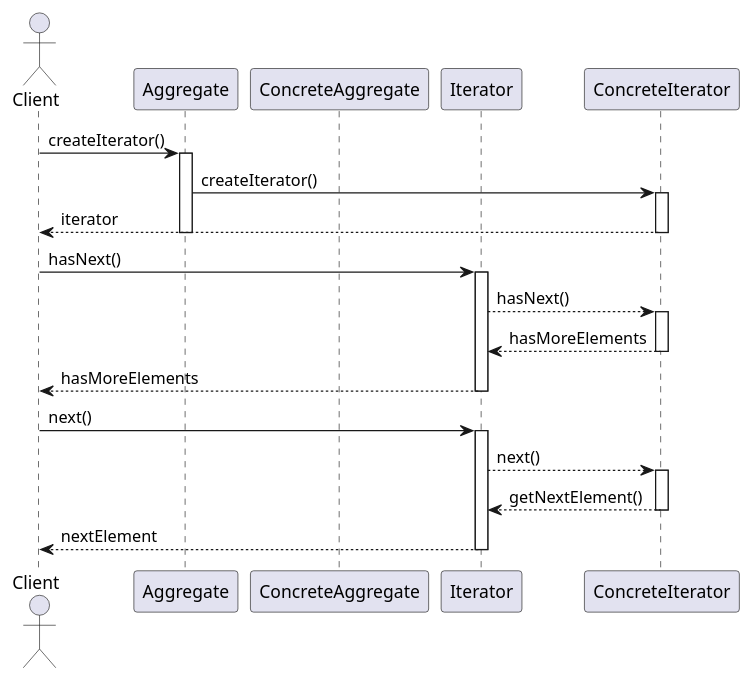
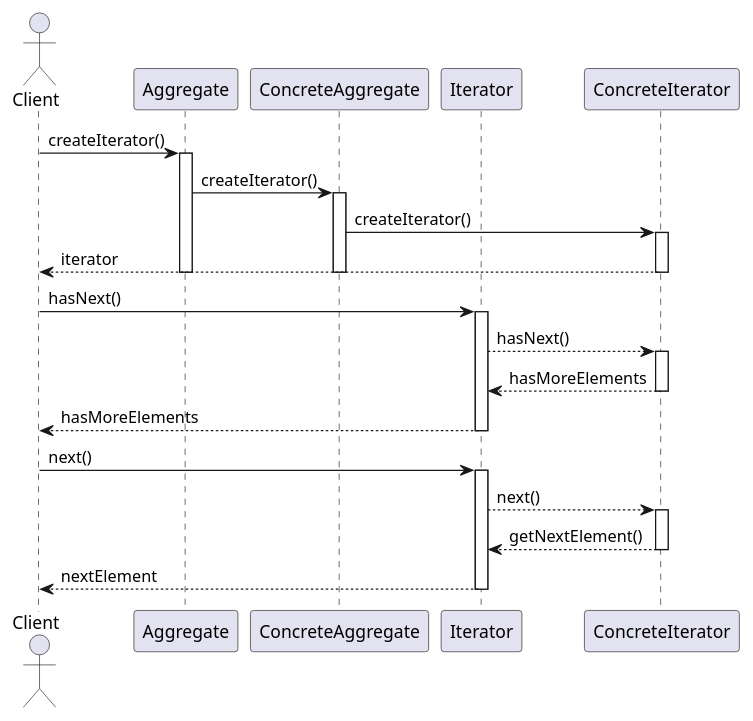
The diagram in Patterns/Manuscript/manuscript/plantUml/iterator_sequence_diagram.plantuml (Gabriel-SoftwareAG/DesignPatterns), drawn with PlantUML before and after one commit. The commit also changed 56 other files, not shown here.

```diff
--- a/Patterns/Manuscript/manuscript/plantUml/iterator_sequence_diagram.plantuml
+++ b/Patterns/Manuscript/manuscript/plantUml/iterator_sequence_diagram.plantuml
@@ -1,35 +1,38 @@
 @startuml IteratorPatternSequenceDiagram
 
 actor Client
 participant Aggregate
 participant ConcreteAggregate
 participant Iterator
 participant ConcreteIterator
 
 Client -> Aggregate: createIterator()
 activate Aggregate
-Aggregate -> ConcreteIterator: createIterator()
+Aggregate -> ConcreteAggregate: createIterator()
+activate ConcreteAggregate
+ConcreteAggregate -> ConcreteIterator: createIterator()
 activate ConcreteIterator
 ConcreteIterator --> Client: iterator
+deactivate ConcreteAggregate
 deactivate ConcreteIterator
 deactivate Aggregate
 
 Client -> Iterator: hasNext()
 activate Iterator
 Iterator --> ConcreteIterator: hasNext()
 activate ConcreteIterator
 ConcreteIterator --> Iterator: hasMoreElements
 deactivate ConcreteIterator
 Iterator --> Client: hasMoreElements
 deactivate Iterator
 
 Client -> Iterator: next()
 activate Iterator
 Iterator --> ConcreteIterator: next()
 activate ConcreteIterator
 ConcreteIterator --> Iterator: getNextElement()
 deactivate ConcreteIterator
 Iterator --> Client: nextElement
 deactivate Iterator
 
 @enduml
```
